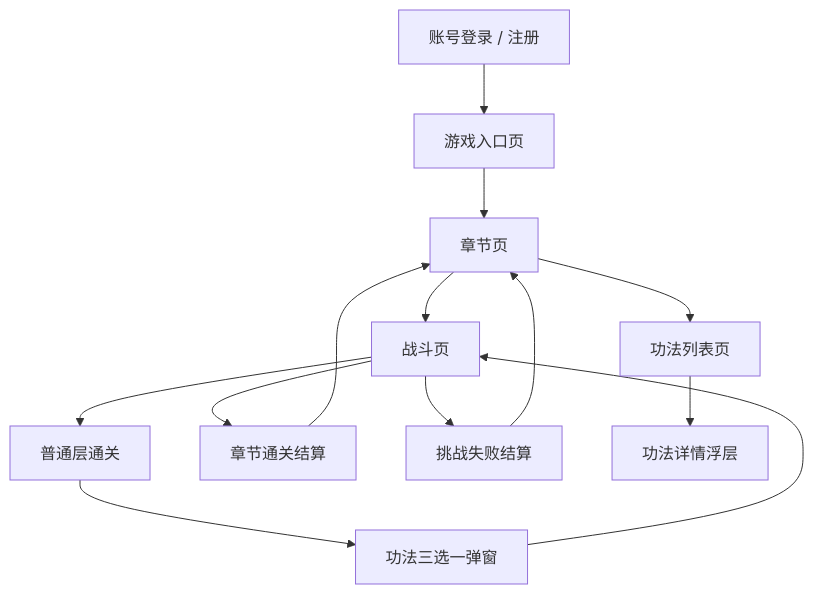
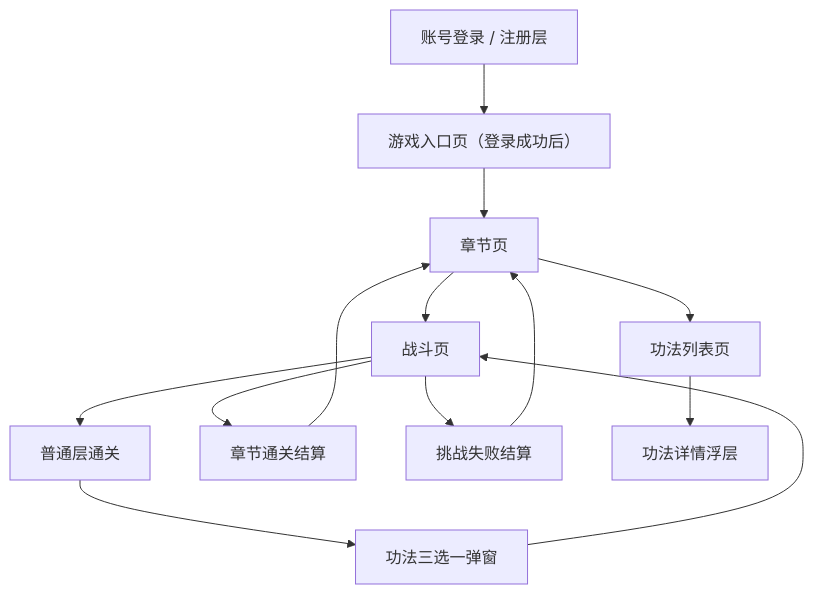
The first of 2 diagrams in docs/原型制作/版本原型/V0_原型验证/01_流程与结构/V0_信息架构.md (mumu66433/TempEx03), drawn with Mermaid before and after one commit. The commit also changed other lines of this file and 3 other files, not shown here.

````diff
--- a/docs/原型制作/版本原型/V0_原型验证/01_流程与结构/V0_信息架构.md
+++ b/docs/原型制作/版本原型/V0_原型验证/01_流程与结构/V0_信息架构.md
@@ -3,15 +3,15 @@
 ```mermaid
 flowchart TD
-  A["账号登录 / 注册"] --> B["游戏入口页"]
+  A["账号登录 / 注册层"] --> B["游戏入口页（登录成功后）"]
   B --> C["章节页"]
   C --> D["战斗页"]
   D --> E["普通层通关"]
   E --> F["功法三选一弹窗"]
   F --> D
   D --> G["章节通关结算"]
   G --> C
   D --> H["挑战失败结算"]
   H --> C
   C --> I["功法列表页"]
   I --> J["功法详情浮层"]
 ```
````
